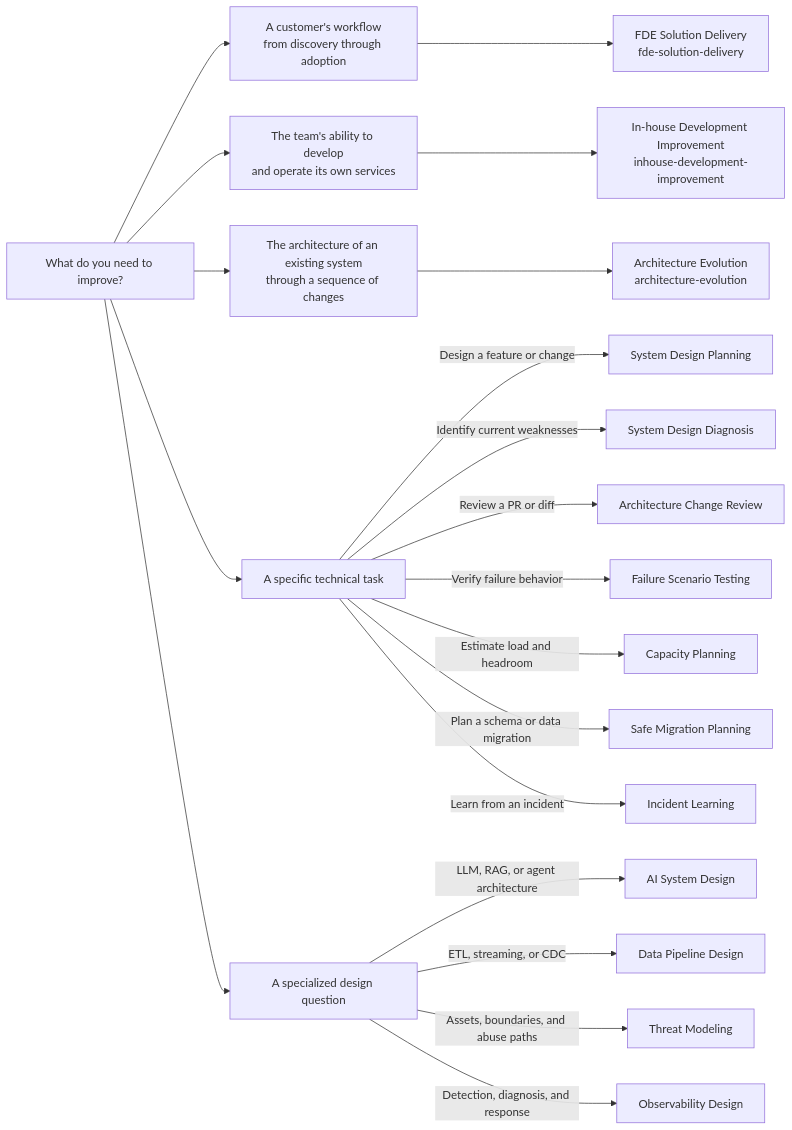
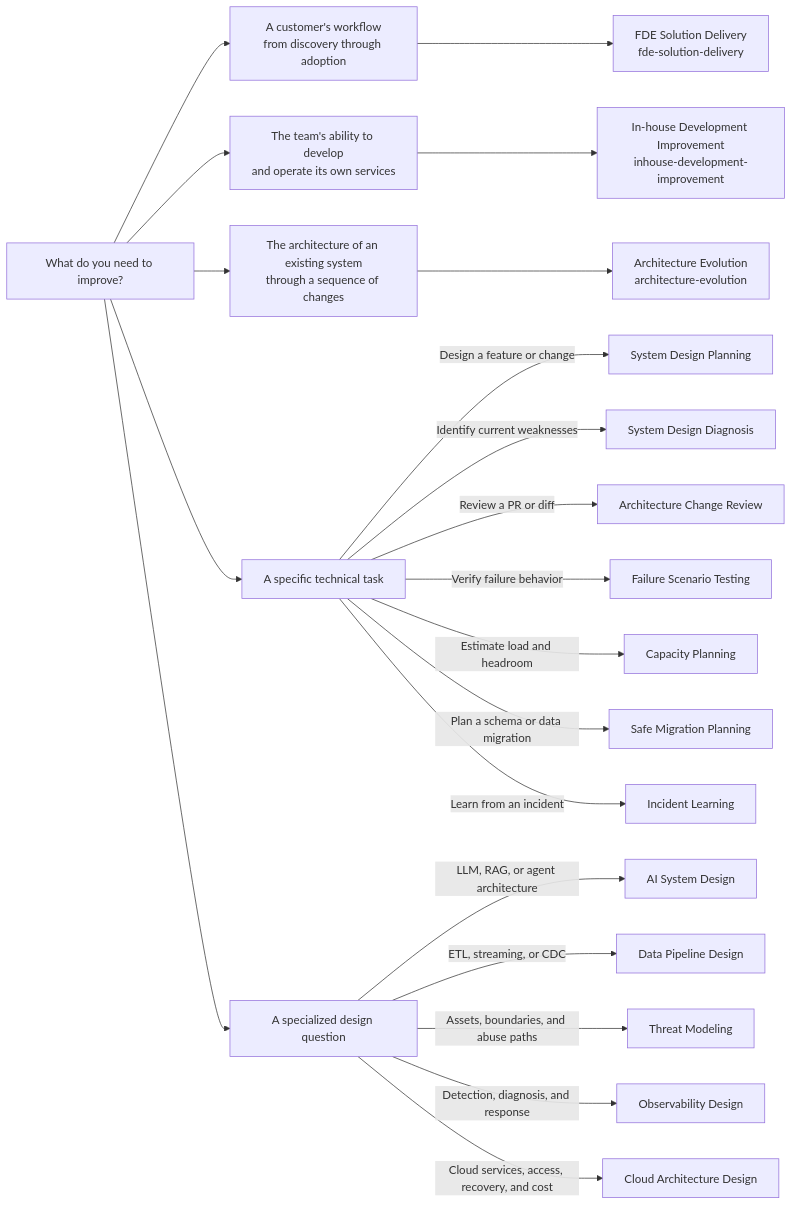
One commit to jeorp/system-design-skills changed the diagram in README.md. Above: the diagram before and after it, drawn with Mermaid. The commit also changed other lines of this file and 36 other files, not shown here.

Commit message:
Refresh 277 Tips and add cloud architecture design skill

````diff
--- a/README.md
+++ b/README.md
@@ -30,28 +31,29 @@
 ```mermaid
 flowchart LR
     Start["What do you need to improve?"]
 
     Start --> Customer["A customer's workflow<br/>from discovery through adoption"]
     Customer --> FDE["FDE Solution Delivery<br/>fde-solution-delivery"]
 
     Start --> Team["The team's ability to develop<br/>and operate its own services"]
     Team --> Inhouse["In-house Development Improvement<br/>inhouse-development-improvement"]
 
     Start --> Evolution["The architecture of an existing system<br/>through a sequence of changes"]
     Evolution --> Arch["Architecture Evolution<br/>architecture-evolution"]
 
     Start --> Task["A specific technical task"]
     Task -->|"Design a feature or change"| Planning["System Design Planning"]
     Task -->|"Identify current weaknesses"| Diagnosis["System Design Diagnosis"]
     Task -->|"Review a PR or diff"| Review["Architecture Change Review"]
     Task -->|"Verify failure behavior"| Failure["Failure Scenario Testing"]
     Task -->|"Estimate load and headroom"| Capacity["Capacity Planning"]
     Task -->|"Plan a schema or data migration"| Migration["Safe Migration Planning"]
     Task -->|"Learn from an incident"| Incident["Incident Learning"]
 
     Start --> Domain["A specialized design question"]
     Domain -->|"LLM, RAG, or agent architecture"| AI["AI System Design"]
     Domain -->|"ETL, streaming, or CDC"| Data["Data Pipeline Design"]
     Domain -->|"Assets, boundaries, and abuse paths"| Threat["Threat Modeling"]
     Domain -->|"Detection, diagnosis, and response"| Observe["Observability Design"]
+    Domain -->|"Cloud services, access, recovery, and cost"| Cloud["Cloud Architecture Design"]
 ```
````
